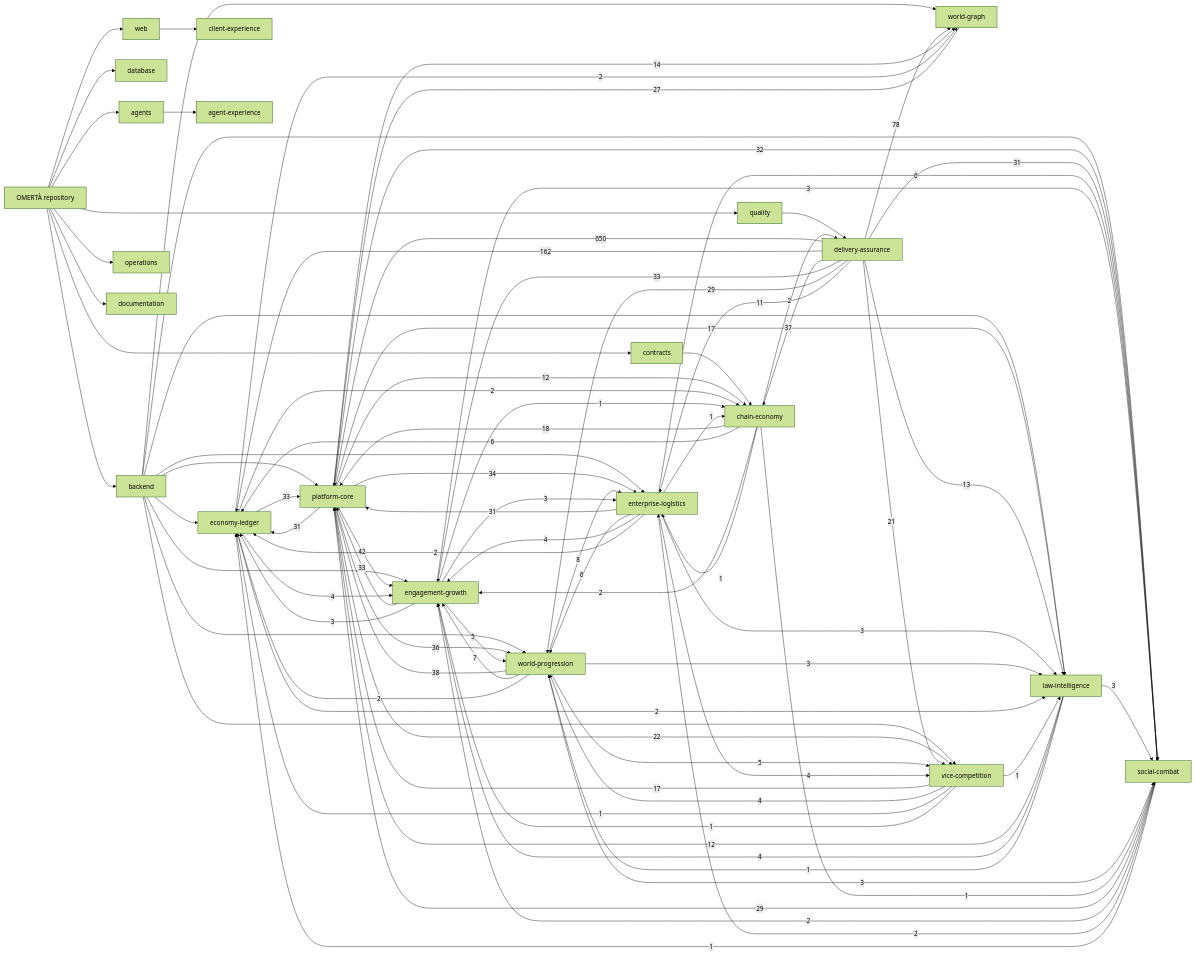
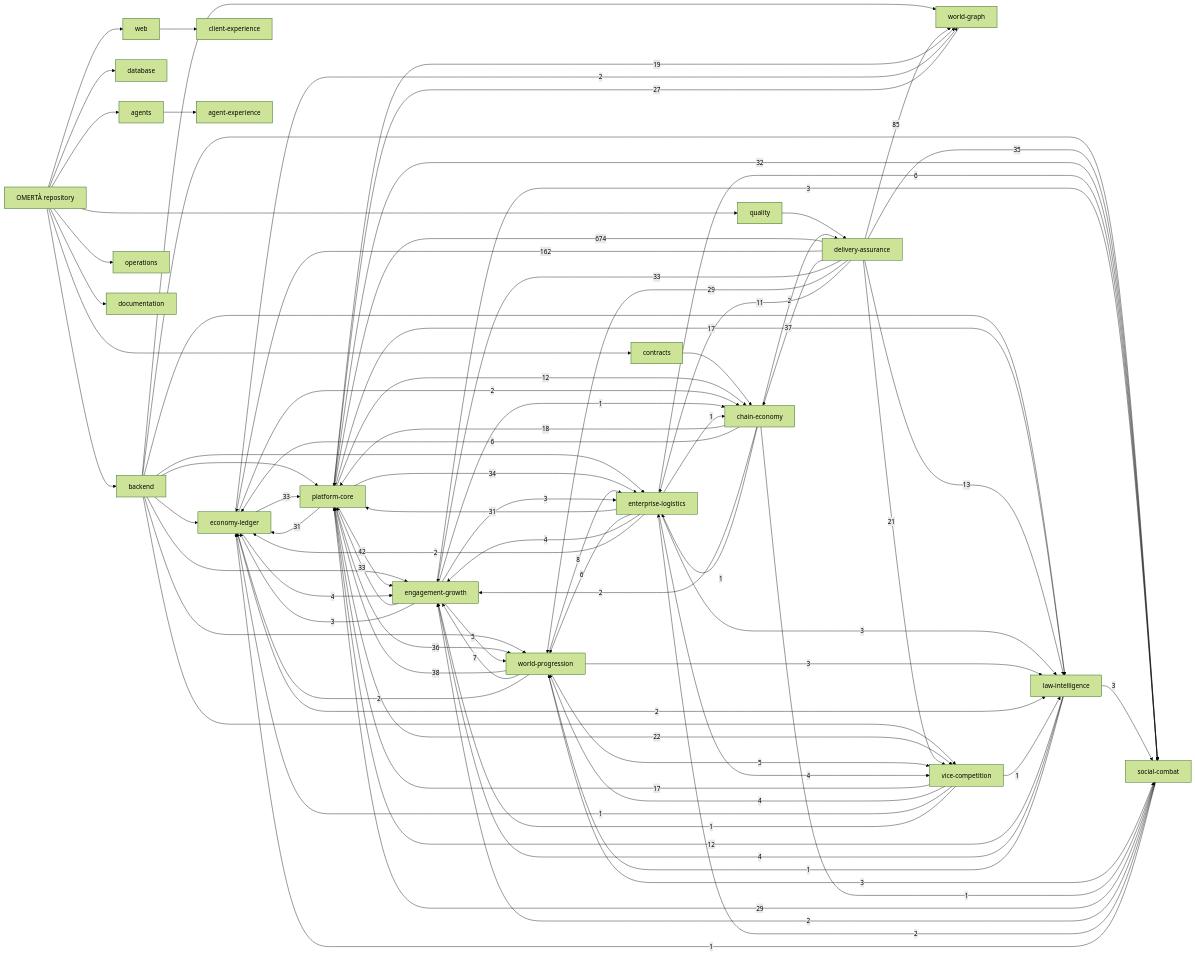
Before and after one commit to OmertaDev/Omerta: the diagram in knowledge/generated/graph.mmd, drawn with Mermaid (forest theme). The commit also changed 8 other files, not shown here.

```diff
--- a/knowledge/generated/graph.mmd
+++ b/knowledge/generated/graph.mmd
@@ -1,109 +1,109 @@
 flowchart LR
   repo["OMERTÀ repository"]
   sub_backend["backend"]
   repo --> sub_backend
   sub_database["database"]
   repo --> sub_database
   sub_web["web"]
   repo --> sub_web
   sub_contracts["contracts"]
   repo --> sub_contracts
   sub_agents["agents"]
   repo --> sub_agents
   sub_quality["quality"]
   repo --> sub_quality
   sub_operations["operations"]
   repo --> sub_operations
   sub_documentation["documentation"]
   repo --> sub_documentation
   dom_platform-core["platform-core"]
   dom_economy-ledger["economy-ledger"]
   dom_social-combat["social-combat"]
   dom_world-progression["world-progression"]
   dom_world-graph["world-graph"]
   dom_enterprise-logistics["enterprise-logistics"]
   dom_vice-competition["vice-competition"]
   dom_law-intelligence["law-intelligence"]
   dom_chain-economy["chain-economy"]
   dom_engagement-growth["engagement-growth"]
   dom_client-experience["client-experience"]
   dom_agent-experience["agent-experience"]
   dom_delivery-assurance["delivery-assurance"]
   sub_agents --> dom_agent-experience
   sub_backend --> dom_economy-ledger
   sub_backend --> dom_engagement-growth
   sub_backend --> dom_enterprise-logistics
   sub_backend --> dom_law-intelligence
   sub_backend --> dom_platform-core
   sub_backend --> dom_social-combat
   sub_backend --> dom_vice-competition
   sub_backend --> dom_world-graph
   sub_backend --> dom_world-progression
   sub_contracts --> dom_chain-economy
   sub_quality --> dom_delivery-assurance
   sub_web --> dom_client-experience
-  dom_delivery-assurance -->|650| dom_platform-core
+  dom_delivery-assurance -->|674| dom_platform-core
   dom_delivery-assurance -->|162| dom_economy-ledger
-  dom_delivery-assurance -->|78| dom_world-graph
+  dom_delivery-assurance -->|85| dom_world-graph
   dom_platform-core -->|42| dom_engagement-growth
   dom_world-progression -->|38| dom_platform-core
   dom_delivery-assurance -->|37| dom_chain-economy
   dom_platform-core -->|36| dom_world-progression
+  dom_delivery-assurance -->|35| dom_social-combat
   dom_platform-core -->|34| dom_enterprise-logistics
   dom_delivery-assurance -->|33| dom_engagement-growth
   dom_economy-ledger -->|33| dom_platform-core
   dom_engagement-growth -->|33| dom_platform-core
   dom_platform-core -->|32| dom_social-combat
-  dom_delivery-assurance -->|31| dom_social-combat
   dom_enterprise-logistics -->|31| dom_platform-core
   dom_platform-core -->|31| dom_economy-ledger
   dom_delivery-assurance -->|29| dom_world-progression
   dom_social-combat -->|29| dom_platform-core
   dom_world-graph -->|27| dom_platform-core
   dom_platform-core -->|22| dom_vice-competition
   dom_delivery-assurance -->|21| dom_vice-competition
+  dom_platform-core -->|19| dom_world-graph
   dom_chain-economy -->|18| dom_platform-core
   dom_platform-core -->|17| dom_law-intelligence
   dom_vice-competition -->|17| dom_platform-core
-  dom_platform-core -->|14| dom_world-graph
   dom_delivery-assurance -->|13| dom_law-intelligence
   dom_law-intelligence -->|12| dom_platform-core
   dom_platform-core -->|12| dom_chain-economy
   dom_delivery-assurance -->|11| dom_enterprise-logistics
   dom_world-progression -->|8| dom_enterprise-logistics
   dom_world-progression -->|7| dom_engagement-growth
   dom_chain-economy -->|6| dom_economy-ledger
   dom_enterprise-logistics -->|6| dom_social-combat
   dom_enterprise-logistics -->|6| dom_world-progression
   dom_engagement-growth -->|5| dom_world-progression
   dom_world-progression -->|5| dom_vice-competition
   dom_economy-ledger -->|4| dom_engagement-growth
   dom_enterprise-logistics -->|4| dom_engagement-growth
   dom_enterprise-logistics -->|4| dom_vice-competition
   dom_law-intelligence -->|4| dom_engagement-growth
   dom_vice-competition -->|4| dom_world-progression
   dom_engagement-growth -->|3| dom_economy-ledger
   dom_engagement-growth -->|3| dom_enterprise-logistics
   dom_engagement-growth -->|3| dom_social-combat
   dom_enterprise-logistics -->|3| dom_law-intelligence
   dom_law-intelligence -->|3| dom_social-combat
   dom_world-progression -->|3| dom_law-intelligence
   dom_world-progression -->|3| dom_social-combat
   dom_chain-economy -->|2| dom_delivery-assurance
   dom_chain-economy -->|2| dom_engagement-growth
   dom_economy-ledger -->|2| dom_chain-economy
   dom_economy-ledger -->|2| dom_law-intelligence
   dom_economy-ledger -->|2| dom_world-graph
   dom_enterprise-logistics -->|2| dom_economy-ledger
   dom_social-combat -->|2| dom_engagement-growth
   dom_social-combat -->|2| dom_enterprise-logistics
   dom_world-progression -->|2| dom_economy-ledger
   dom_chain-economy -->|1| dom_enterprise-logistics
   dom_chain-economy -->|1| dom_social-combat
   dom_engagement-growth -->|1| dom_chain-economy
   dom_enterprise-logistics -->|1| dom_chain-economy
   dom_law-intelligence -->|1| dom_world-progression
   dom_social-combat -->|1| dom_economy-ledger
   dom_vice-competition -->|1| dom_economy-ledger
   dom_vice-competition -->|1| dom_engagement-growth
   dom_vice-competition -->|1| dom_law-intelligence
```
